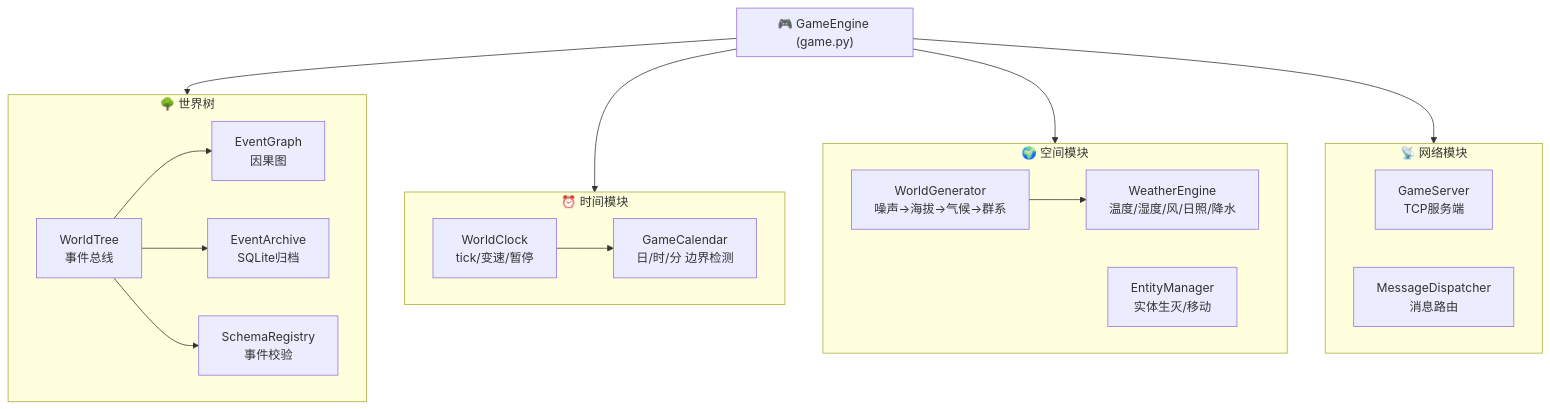
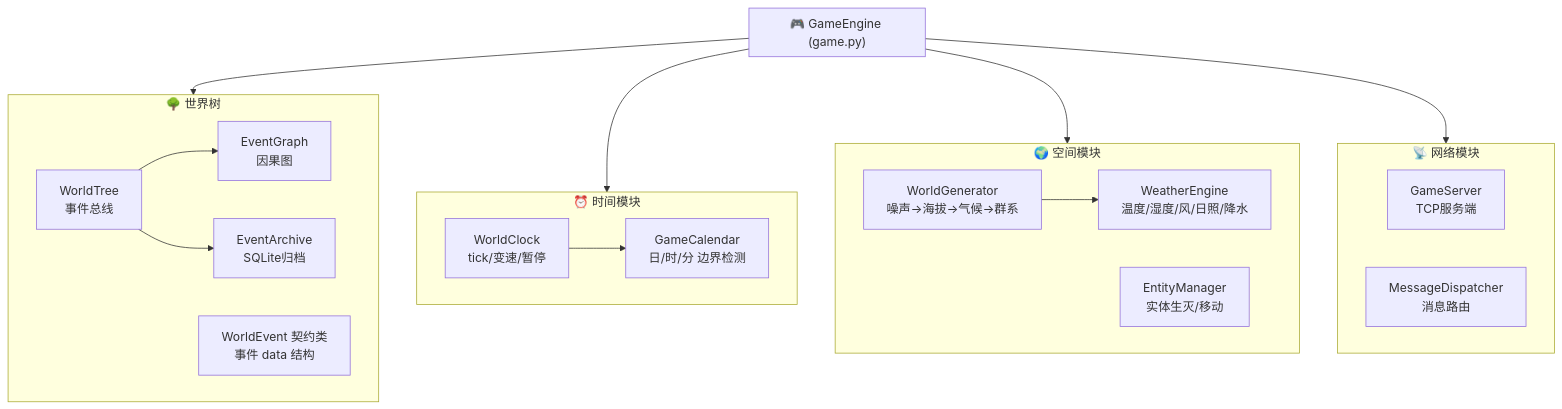
Before and after one commit to Jedidiah-Zhang/Ascend: the first of 6 diagrams in docs/diagrams/architecture.md, drawn with Mermaid. The commit also changed 33 other files, not shown here.

First line of the commit message:
refactor: 事件契约 dataclass 化并删除 schema 体系，executor 按指令组拆分

````diff
--- a/docs/diagrams/architecture.md
+++ b/docs/diagrams/architecture.md
@@ -5,40 +5,39 @@
 ```mermaid
 graph TD
     subgraph GameEngine["🎮 GameEngine (game.py)"]
         direction LR
     end
 
     subgraph WorldTree["🌳 世界树"]
         WT_Tree["WorldTree<br/>事件总线"]
         WT_Graph["EventGraph<br/>因果图"]
         WT_Archive["EventArchive<br/>SQLite归档"]
-        WT_Schema["SchemaRegistry<br/>事件校验"]
+        WT_Contract["WorldEvent 契约类<br/>事件 data 结构"]
     end
 
     subgraph Time["⏰ 时间模块"]
         CLK["WorldClock<br/>tick/变速/暂停"]
         CAL["GameCalendar<br/>日/时/分 边界检测"]
     end
 
     subgraph Space["🌍 空间模块"]
         GEN["WorldGenerator<br/>噪声→海拔→气候→群系"]
         WEA["WeatherEngine<br/>温度/湿度/风/日照/降水"]
         ENT["EntityManager<br/>实体生灭/移动"]
     end
 
     subgraph Net["📡 网络模块"]
         SRV["GameServer<br/>TCP服务端"]
         DISP["MessageDispatcher<br/>消息路由"]
     end
 
     WT_Tree --> WT_Graph
     WT_Tree --> WT_Archive
-    WT_Tree --> WT_Schema
     CLK --> CAL
     GEN --> WEA
 
     GameEngine --> WorldTree
     GameEngine --> Time
     GameEngine --> Space
     GameEngine --> Net
 ```
````
